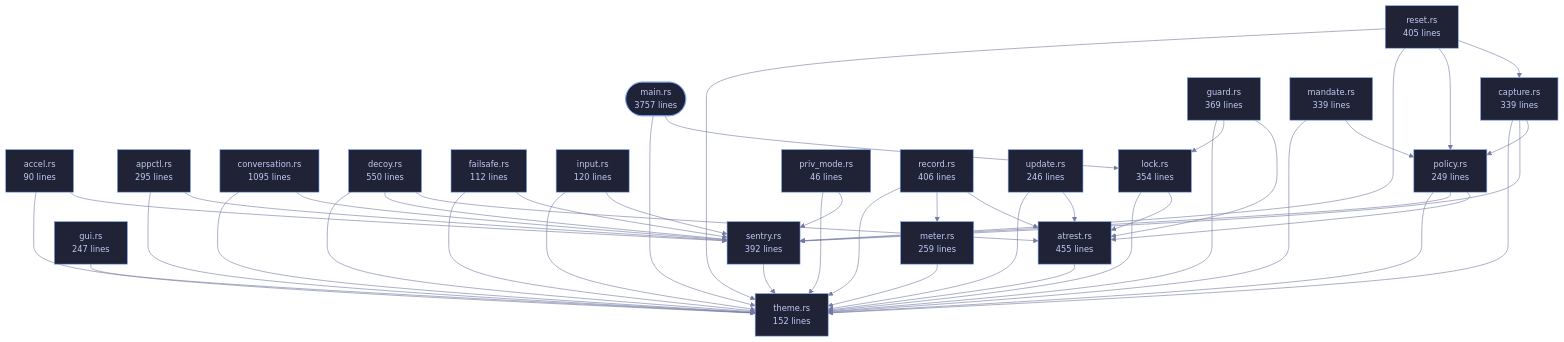
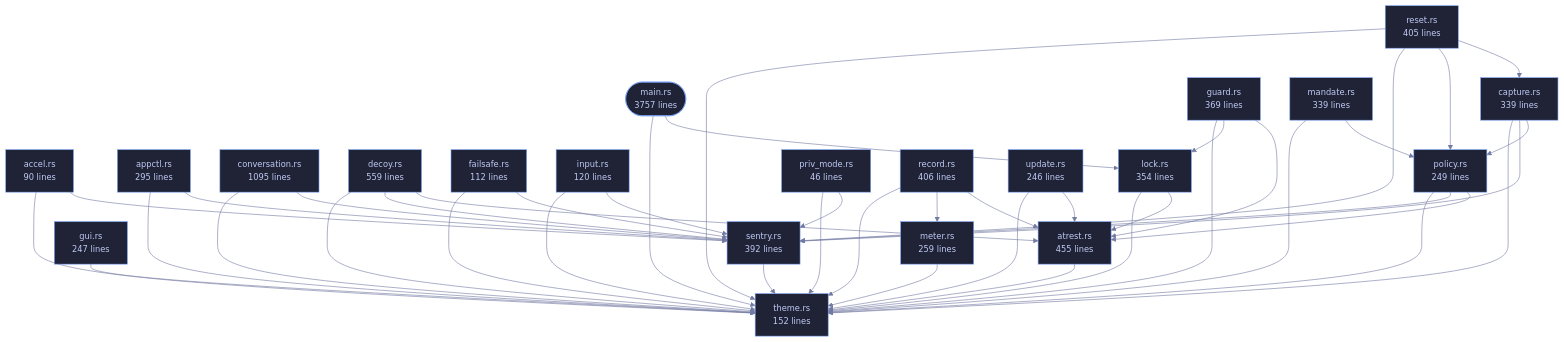
Before and after one commit to tilas01/veilvoice: the diagram in crates/veilvoice-cli/README.md, drawn with Mermaid. The commit also changed other lines of this file and 41 other files, not shown here.

```diff
--- a/crates/veilvoice-cli/README.md
+++ b/crates/veilvoice-cli/README.md
@@ -116,7 +116,7 @@
     n_atrest["atrest.rs<br/>455 lines"]
     n_capture["capture.rs<br/>339 lines"]
     n_conversation["conversation.rs<br/>1095 lines"]
-    n_decoy["decoy.rs<br/>550 lines"]
+    n_decoy["decoy.rs<br/>559 lines"]
     n_failsafe["failsafe.rs<br/>112 lines"]
     n_guard["guard.rs<br/>369 lines"]
     n_gui["gui.rs<br/>247 lines"]
```
